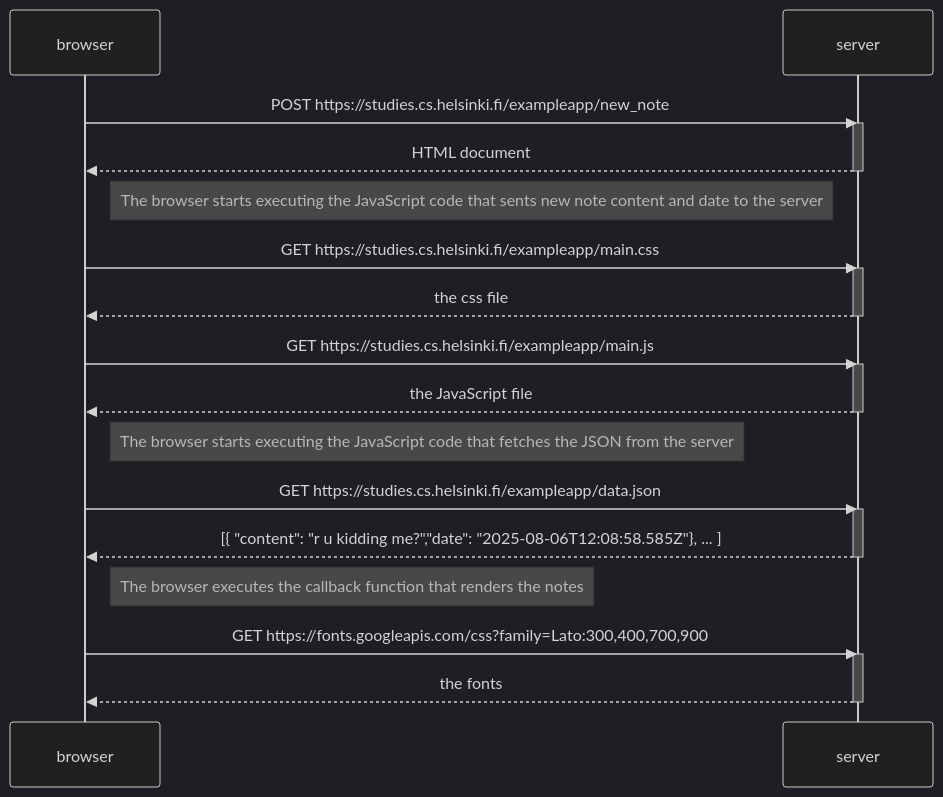
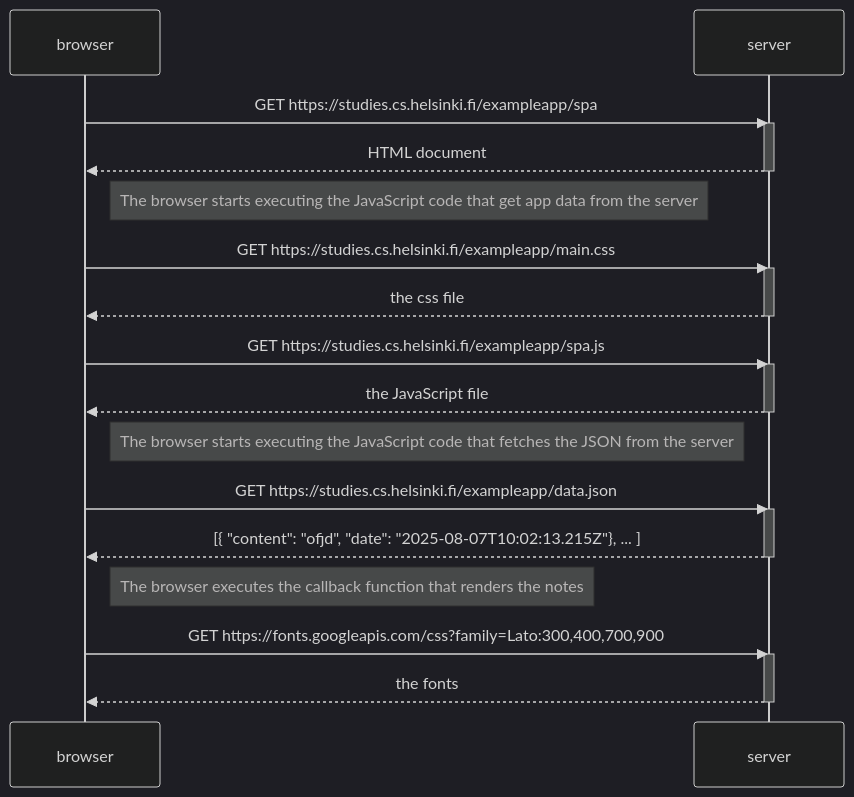
The diagram in part0/exercise0.5.mermaid (robin-raq/submission-repo), drawn with Mermaid (dark theme) before and after one commit. The commit also changed 2 other files, not shown here.

```diff
--- a/part0/exercise0.5.mermaid
+++ b/part0/exercise0.5.mermaid
@@ -1,34 +1,34 @@
 sequenceDiagram
     participant browser
     participant server
 
-    browser->>server: POST https://studies.cs.helsinki.fi/exampleapp/new_note
+    browser->>server: GET https://studies.cs.helsinki.fi/exampleapp/spa
     activate server
     server-->>browser: HTML document
     deactivate server
-    Note right of browser: The browser starts executing the JavaScript code that sents new note content and date to the server
+    Note right of browser: The browser starts executing the JavaScript code that get app data from the server
 
 
     browser->>server: GET https://studies.cs.helsinki.fi/exampleapp/main.css
     activate server
     server-->>browser: the css file
     deactivate server
 
-    browser->>server: GET https://studies.cs.helsinki.fi/exampleapp/main.js
+    browser->>server: GET https://studies.cs.helsinki.fi/exampleapp/spa.js
     activate server
     server-->>browser: the JavaScript file
     deactivate server
 
     Note right of browser: The browser starts executing the JavaScript code that fetches the JSON from the server
 
     browser->>server: GET https://studies.cs.helsinki.fi/exampleapp/data.json
     activate server
-    server-->>browser: [{  "content": "r u kidding me?","date": "2025-08-06T12:08:58.585Z"}, ... ]
+    server-->>browser: [{  "content": "ofjd", "date": "2025-08-07T10:02:13.215Z"}, ... ]
     deactivate server
 
     Note right of browser: The browser executes the callback function that renders the notes
 
     browser->>server: GET https://fonts.googleapis.com/css?family=Lato:300,400,700,900
     activate server
     server-->>browser: the fonts
     deactivate server
```
